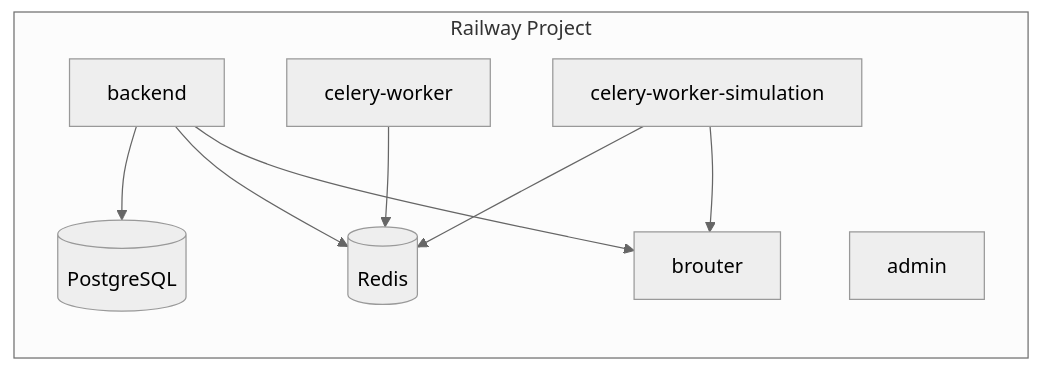
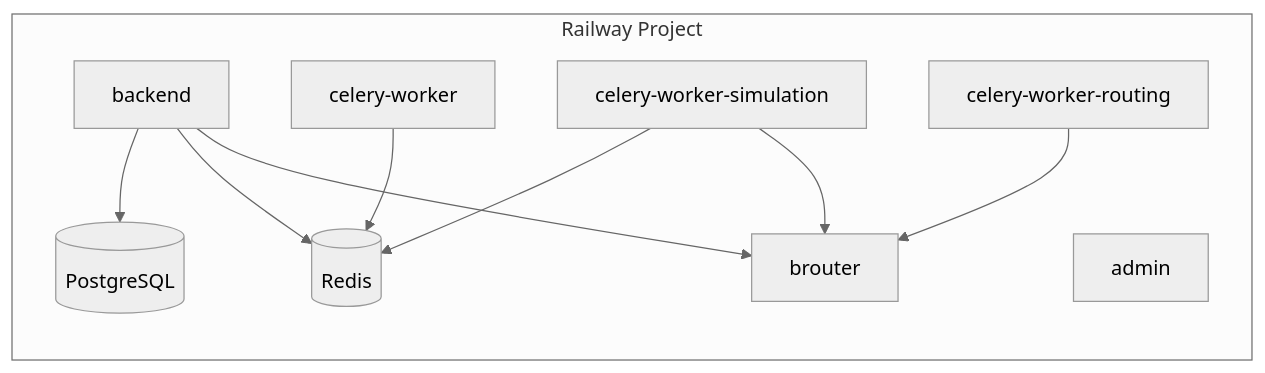
The first of 2 diagrams in docs/operations/RAILWAY_KUBERNETES.md (karnalooch/stunning-pancake), drawn with Mermaid (neutral theme) before and after one commit. The commit also changed other lines of this file and 70 other files, not shown here.

````diff
--- a/docs/operations/RAILWAY_KUBERNETES.md
+++ b/docs/operations/RAILWAY_KUBERNETES.md
@@ -41,18 +43,20 @@
 ```mermaid
 flowchart LR
   subgraph Railway["Railway Project"]
     API[backend]
     ADM[admin]
     CW[celery-worker]
     CWS[celery-worker-simulation]
+    CWR[celery-worker-routing]
     BR[brouter]
     PG[(PostgreSQL)]
     RD[(Redis)]
   end
   API --> PG
   API --> RD
   CW --> RD
   CWS --> RD
   CWS --> BR
+  CWR --> BR
   API --> BR
 ```
````
